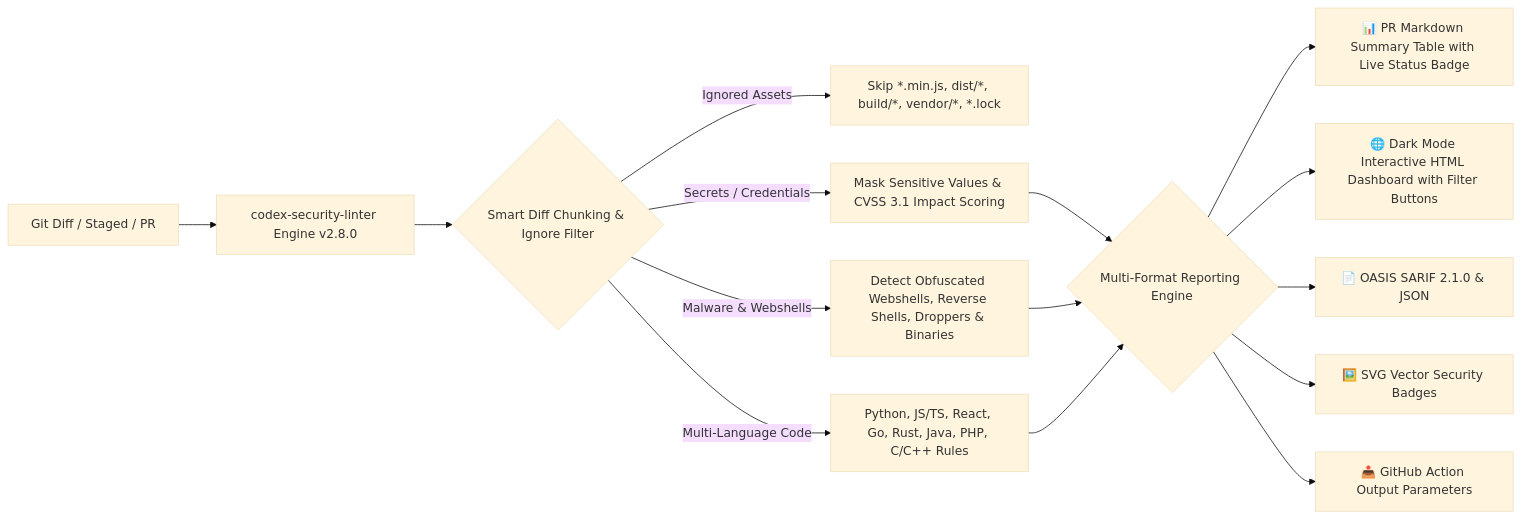
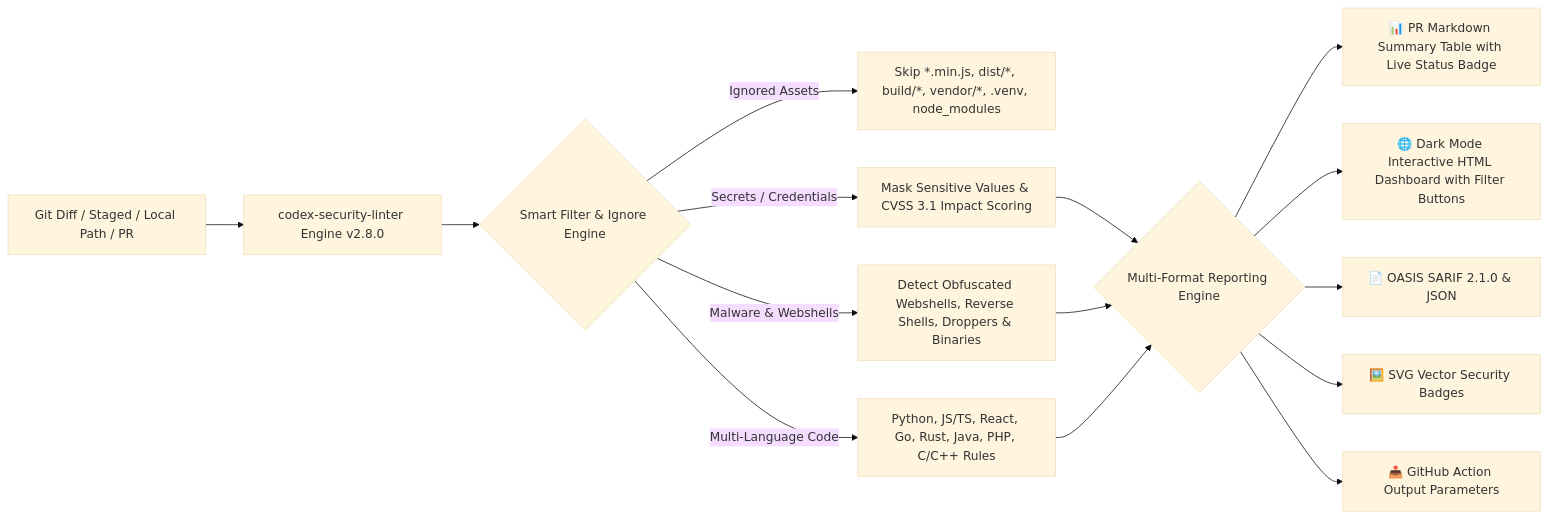
Before and after one commit to knmt1219/codex-security-linter: the diagram in README.md, drawn with Mermaid (base theme). The commit also changed other lines of this file and 2 other files, not shown here.

Commit message:
feat: add zero-leak offline local file and directory scanner mode

````diff
--- a/README.md
+++ b/README.md
@@ -17,15 +17,15 @@
 ```mermaid
 graph LR
-    A[Git Diff / Staged / PR] --> B[codex-security-linter Engine v2.8.0]
-    B --> C{Smart Diff Chunking & Ignore Filter}
-    C -->|Ignored Assets| D[Skip *.min.js, dist/*, build/*, vendor/*, *.lock]
+    A[Git Diff / Staged / Local Path / PR] --> B[codex-security-linter Engine v2.8.0]
+    B --> C{Smart Filter & Ignore Engine}
+    C -->|Ignored Assets| D[Skip *.min.js, dist/*, build/*, vendor/*, .venv, node_modules]
     C -->|Secrets / Credentials| E[Mask Sensitive Values & CVSS 3.1 Impact Scoring]
     C -->|Malware & Webshells| F[Detect Obfuscated Webshells, Reverse Shells, Droppers & Binaries]
     C -->|Multi-Language Code| G[Python, JS/TS, React, Go, Rust, Java, PHP, C/C++ Rules]
     E & F & G --> H{Multi-Format Reporting Engine}
     H --> I[📊 PR Markdown Summary Table with Live Status Badge]
     H --> J[🌐 Dark Mode Interactive HTML Dashboard with Filter Buttons]
     H --> K[📄 OASIS SARIF 2.1.0 & JSON]
     H --> L[🖼️ SVG Vector Security Badges]
     H --> M[📤 GitHub Action Output Parameters]
 ```
````
